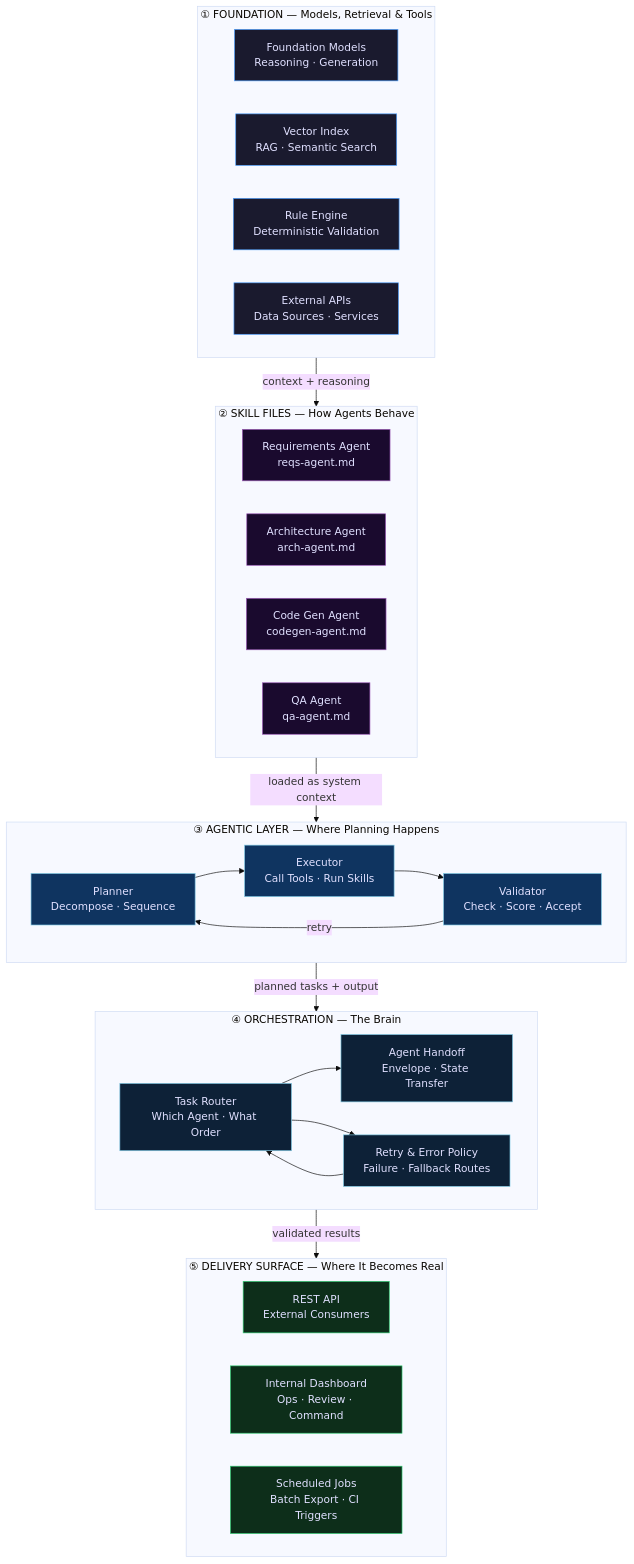
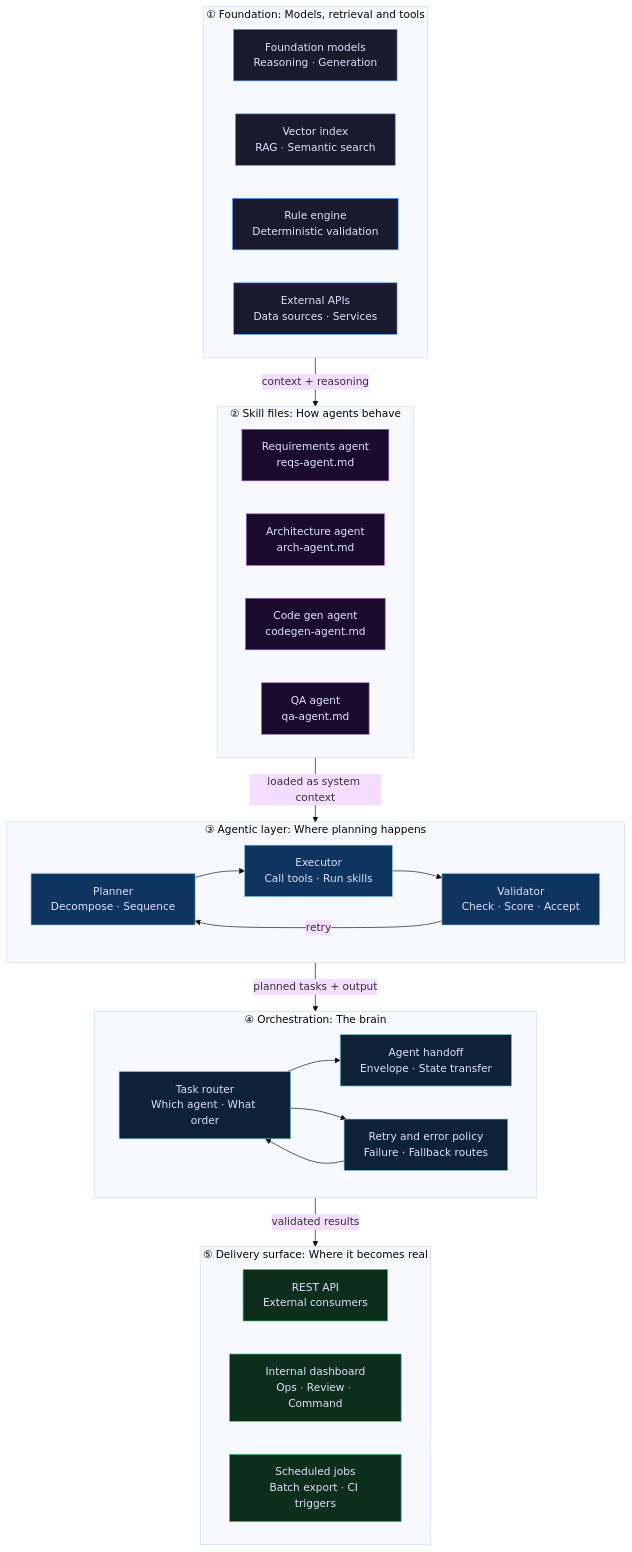
The fifth of 12 diagrams in README.md (bryancalabro/bryancalabro), drawn with Mermaid (base theme) before and after one commit. The commit also changed other lines of this file and 1 other file, not shown here.

First line of the commit message:
Profile: generated diagrams and recent apps, sentence case, no em dashes

````diff
--- a/README.md
+++ b/README.md
@@ -255,56 +268,56 @@
 ```mermaid
 flowchart TD
-    subgraph L1["⑤ DELIVERY SURFACE — Where It Becomes Real"]
-        API["REST API<br/>External Consumers"]
-        DASH["Internal Dashboard<br/>Ops · Review · Command"]
-        BATCH["Scheduled Jobs<br/>Batch Export · CI Triggers"]
+    subgraph L1["⑤ Delivery surface: Where it becomes real"]
+        API["REST API<br/>External consumers"]
+        DASH["Internal dashboard<br/>Ops · Review · Command"]
+        BATCH["Scheduled jobs<br/>Batch export · CI triggers"]
     end
 
-    subgraph L2["④ ORCHESTRATION — The Brain"]
-        ROUTER["Task Router<br/>Which Agent · What Order"]
-        RETRY["Retry & Error Policy<br/>Failure · Fallback Routes"]
-        HANDOFF["Agent Handoff<br/>Envelope · State Transfer"]
+    subgraph L2["④ Orchestration: The brain"]
+        ROUTER["Task router<br/>Which agent · What order"]
+        RETRY["Retry and error policy<br/>Failure · Fallback routes"]
+        HANDOFF["Agent handoff<br/>Envelope · State transfer"]
         ROUTER --> HANDOFF
         ROUTER --> RETRY
         RETRY --> ROUTER
     end
 
-    subgraph L3["③ AGENTIC LAYER — Where Planning Happens"]
+    subgraph L3["③ Agentic layer: Where planning happens"]
         PLANNER["Planner<br/>Decompose · Sequence"]
-        EXECUTOR["Executor<br/>Call Tools · Run Skills"]
+        EXECUTOR["Executor<br/>Call tools · Run skills"]
         VALIDATOR["Validator<br/>Check · Score · Accept"]
         PLANNER --> EXECUTOR --> VALIDATOR
         VALIDATOR -->|retry| PLANNER
     end
 
-    subgraph L4["② SKILL FILES — How Agents Behave"]
-        REQ["Requirements Agent<br/>reqs-agent.md"]
-        ARCH["Architecture Agent<br/>arch-agent.md"]
-        CODE["Code Gen Agent<br/>codegen-agent.md"]
-        QA["QA Agent<br/>qa-agent.md"]
+    subgraph L4["② Skill files: How agents behave"]
+        REQ["Requirements agent<br/>reqs-agent.md"]
+        ARCH["Architecture agent<br/>arch-agent.md"]
+        CODE["Code gen agent<br/>codegen-agent.md"]
+        QA["QA agent<br/>qa-agent.md"]
     end
 
-    subgraph L5["① FOUNDATION — Models, Retrieval & Tools"]
-        LLM["Foundation Models<br/>Reasoning · Generation"]
-        VEC["Vector Index<br/>RAG · Semantic Search"]
-        RULES["Rule Engine<br/>Deterministic Validation"]
-        APIS["External APIs<br/>Data Sources · Services"]
+    subgraph L5["① Foundation: Models, retrieval and tools"]
+        LLM["Foundation models<br/>Reasoning · Generation"]
+        VEC["Vector index<br/>RAG · Semantic search"]
+        RULES["Rule engine<br/>Deterministic validation"]
+        APIS["External APIs<br/>Data sources · Services"]
     end
 
     L5 -->|context + reasoning| L4
     L4 -->|loaded as system context| L3
     L3 -->|planned tasks + output| L2
     L2 -->|validated results| L1
 
     classDef l1Style fill:#0d2e1a,stroke:#2ecc71,color:#e0e0ff
     classDef l2Style fill:#0d2137,stroke:#7ec8e3,color:#e0e0ff
     classDef l3Style fill:#0f3460,stroke:#7ec8e3,color:#e0e0ff
     classDef l4Style fill:#1a0a2e,stroke:#9b59b6,color:#e0e0ff
     classDef l5Style fill:#1a1a2e,stroke:#4a9eff,color:#e0e0ff
 
     class API,DASH,BATCH l1Style
     class ROUTER,RETRY,HANDOFF l2Style
     class PLANNER,EXECUTOR,VALIDATOR l3Style
     class REQ,ARCH,CODE,QA l4Style
     class LLM,VEC,RULES,APIS l5Style
 ```
````
